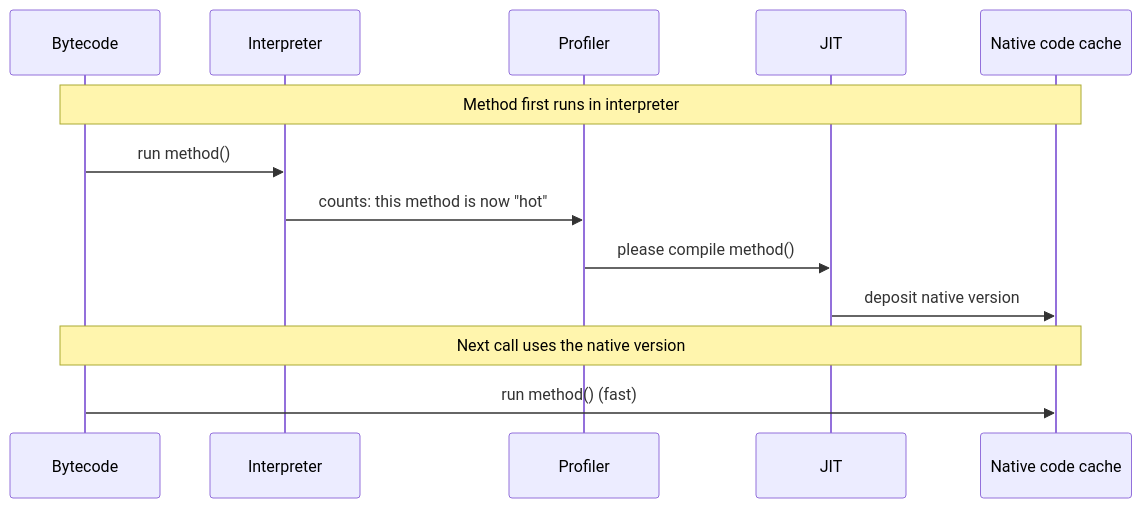
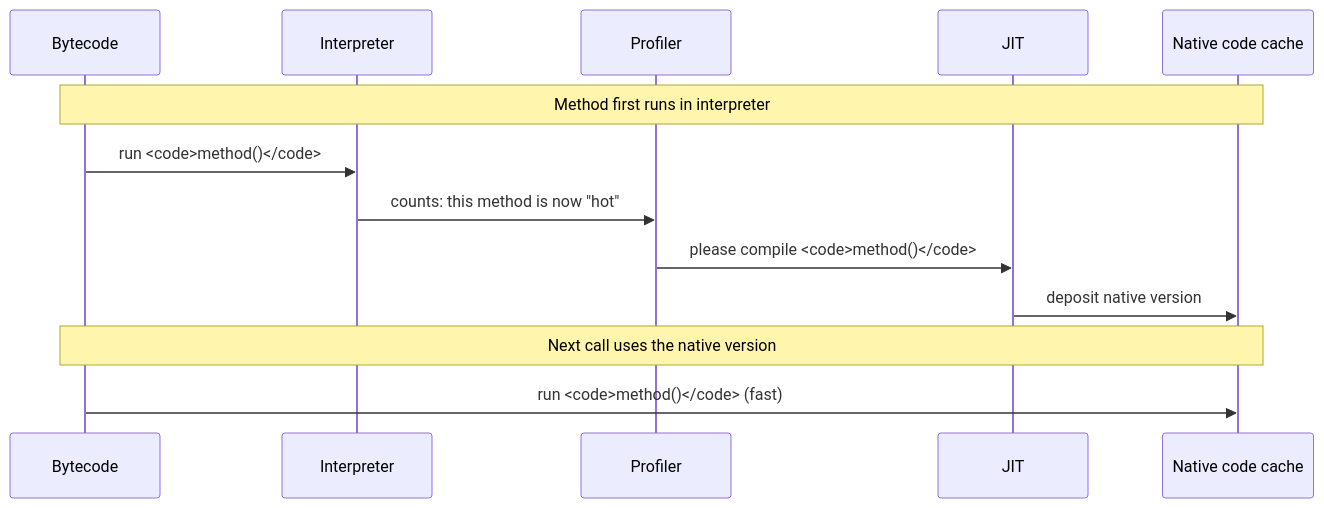
The third of 4 diagrams in content/courses/java-programming-for-beginners/jvm-conceptually.mdx (dataslope/dataslope), drawn with Mermaid before and after one commit. The commit also changed 65 other files, not shown here.

First line of the commit message:
Set code in every mermaid label in the mono face

````diff
--- a/content/courses/java-programming-for-beginners/jvm-conceptually.mdx
+++ b/content/courses/java-programming-for-beginners/jvm-conceptually.mdx
@@ -98,15 +98,15 @@
 ```mermaid
 sequenceDiagram
     participant Code as Bytecode
     participant Interp as Interpreter
     participant Prof as Profiler
     participant JIT
     participant Native as Native code cache
     Note over Code,Native: Method first runs in interpreter
-    Code->>Interp: run method()
+    Code->>Interp: run <code>method()</code>
     Interp->>Prof: counts: this method is now "hot"
-    Prof->>JIT: please compile method()
+    Prof->>JIT: please compile <code>method()</code>
     JIT->>Native: deposit native version
     Note over Code,Native: Next call uses the native version
-    Code->>Native: run method() (fast)
+    Code->>Native: run <code>method()</code> (fast)
 ```
````
